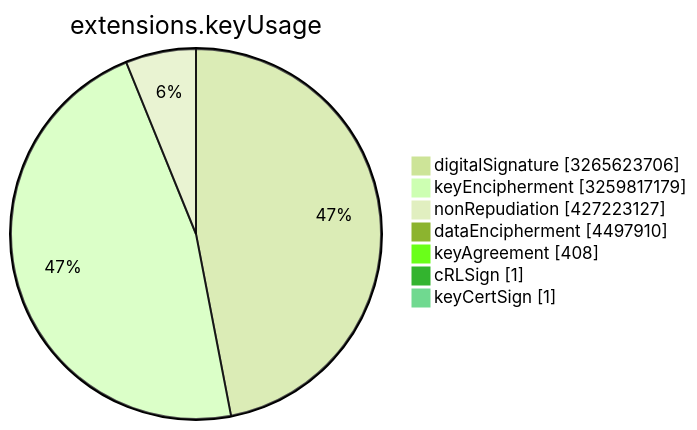
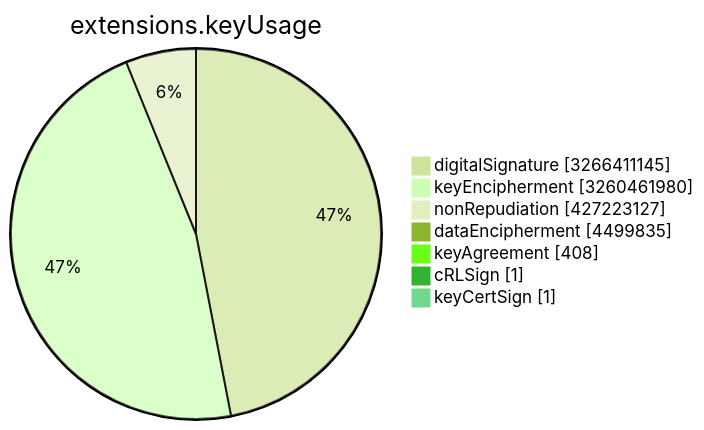
Before and after one commit to christiankrug/ctmonitor_visualization: the sixth of 15 diagrams in TOTAL/README.md, drawn with Mermaid (forest theme). The commit also changed other lines of this file, not shown here.

````diff
--- a/TOTAL/README.md
+++ b/TOTAL/README.md
@@ -3078,11 +3078,11 @@
 ```mermaid
 pie showData
 title extensions.keyUsage
-"digitalSignature" :3265623706
-"keyEncipherment" :3259817179
+"digitalSignature" :3266411145
+"keyEncipherment" :3260461980
 "nonRepudiation" :427223127
-"dataEncipherment" :4497910
+"dataEncipherment" :4499835
 "keyAgreement" :408
 "cRLSign" :1
 "keyCertSign" :1
 ```
````
